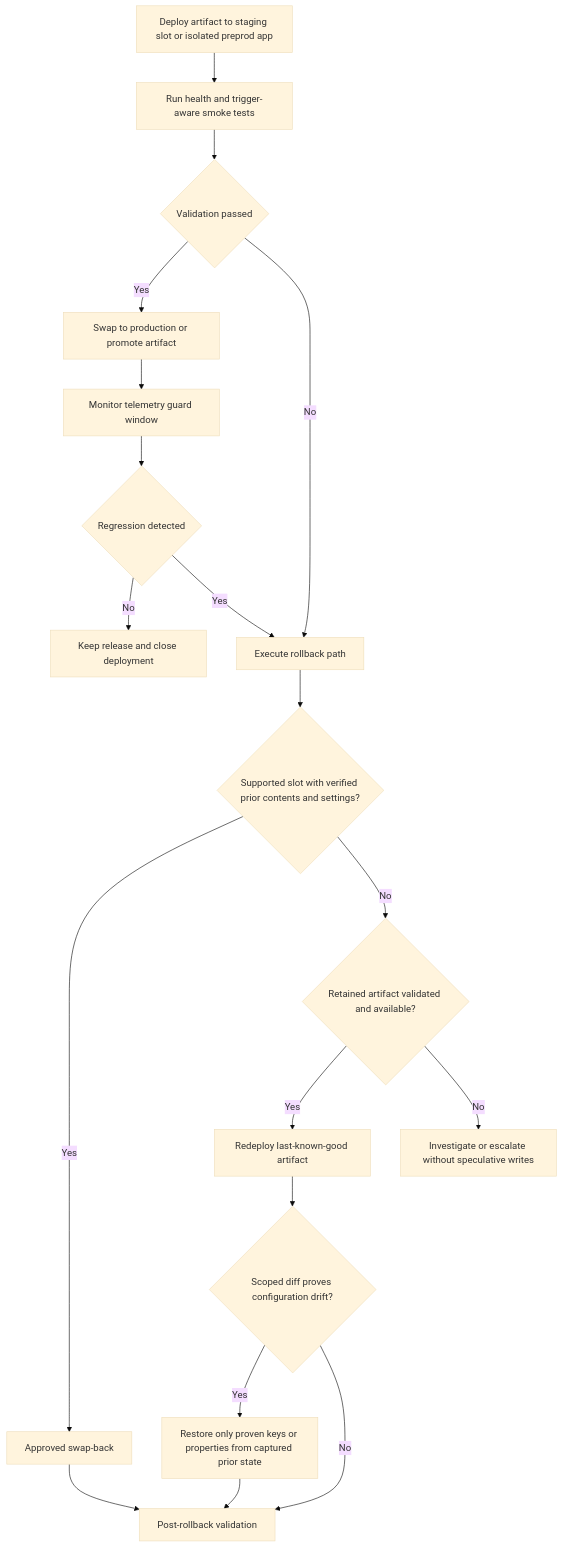
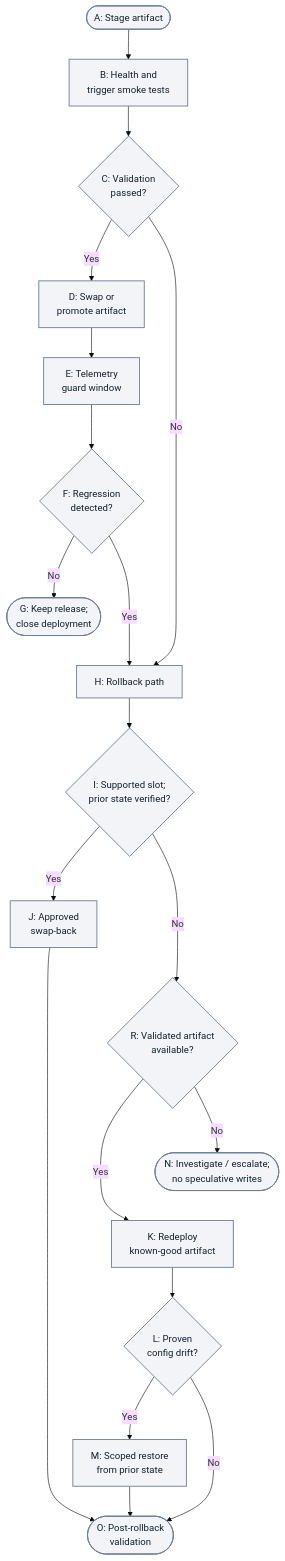
One commit to yeongseon/azure-functions-practical-guide changed the first of 3 diagrams in docs/best-practices/deployment.md. Above: the diagram before and after it, drawn with Mermaid (base theme). The commit also changed other lines of this file and 1 other file, not shown here.

First line of the commit message:
docs(diagrams): migrate Functions best-practices deployment.md diagrams — deployment (#460)

````diff
--- a/docs/best-practices/deployment.md
+++ b/docs/best-practices/deployment.md
@@ -270,21 +274,29 @@
 ```mermaid
 flowchart TD
-    A[Deploy artifact to staging slot or isolated preprod app] --> B[Run health and trigger-aware smoke tests]
-    B --> C{Validation passed}
-    C -->|Yes| D[Swap to production or promote artifact]
-    D --> E[Monitor telemetry guard window]
-    E --> F{Regression detected}
-    F -->|No| G[Keep release and close deployment]
-    F -->|Yes| H[Execute rollback path]
+    accTitle: Release validation and guarded rollback
+    accDescr: Illustrative release flow. Failed validation or a detected regression leads to guarded recovery; no regression keeps the release. Recovery checks verified slot contents and settings, then a validated retained artifact, or investigation without speculative writes. After artifact redeployment, only proven configuration drift is restored before validation. Letter keys below retain the full step wording.
+    A(["A: Stage artifact"]) --> B["B: Health and<br/>trigger smoke tests"]
+    B --> C{"C: Validation<br/>passed?"}
+    C -->|Yes| D["D: Swap or<br/>promote artifact"]
+    D --> E["E: Telemetry<br/>guard window"]
+    E --> F{"F: Regression<br/>detected?"}
+    F -->|No| G(["G: Keep release;<br/>close deployment"])
+    F -->|Yes| H["H: Rollback path"]
     C -->|No| H
-    H --> I{Supported slot with verified prior contents and settings?}
-    I -->|Yes| J[Approved swap-back]
-    I -->|No| R{Retained artifact validated and available?}
-    R -->|Yes| K[Redeploy last-known-good artifact]
-    R -->|No| N[Investigate or escalate without speculative writes]
-    K --> L{Scoped diff proves configuration drift?}
-    L -->|Yes| M[Restore only proven keys or properties from captured prior state]
-    L -->|No| O[Post-rollback validation]
-    J --> O[Post-rollback validation]
+    H --> I{"I: Supported slot;<br/>prior state verified?"}
+    I -->|Yes| J["J: Approved<br/>swap-back"]
+    I -->|No| R{"R: Validated artifact<br/>available?"}
+    R -->|Yes| K["K: Redeploy<br/>known-good artifact"]
+    R -->|No| N(["N: Investigate / escalate;<br/>no speculative writes"])
+    K --> L{"L: Proven<br/>config drift?"}
+    L -->|Yes| M["M: Scoped restore<br/>from prior state"]
+    L -->|No| O(["O: Post-rollback<br/>validation"])
+    J --> O
     M --> O
+    %% Layout-only links tier branches; they add no recovery steps or arrows.
+    G ~~~ H
+    J ~~~ R
+    N ~~~ K
+    classDef neutral fill:#f2f4f8,stroke:#707e93,stroke-width:1.5px,color:#14202e;
+    class A,B,C,D,E,F,G,H,I,J,R,K,N,L,M,O neutral;
 ```
````
